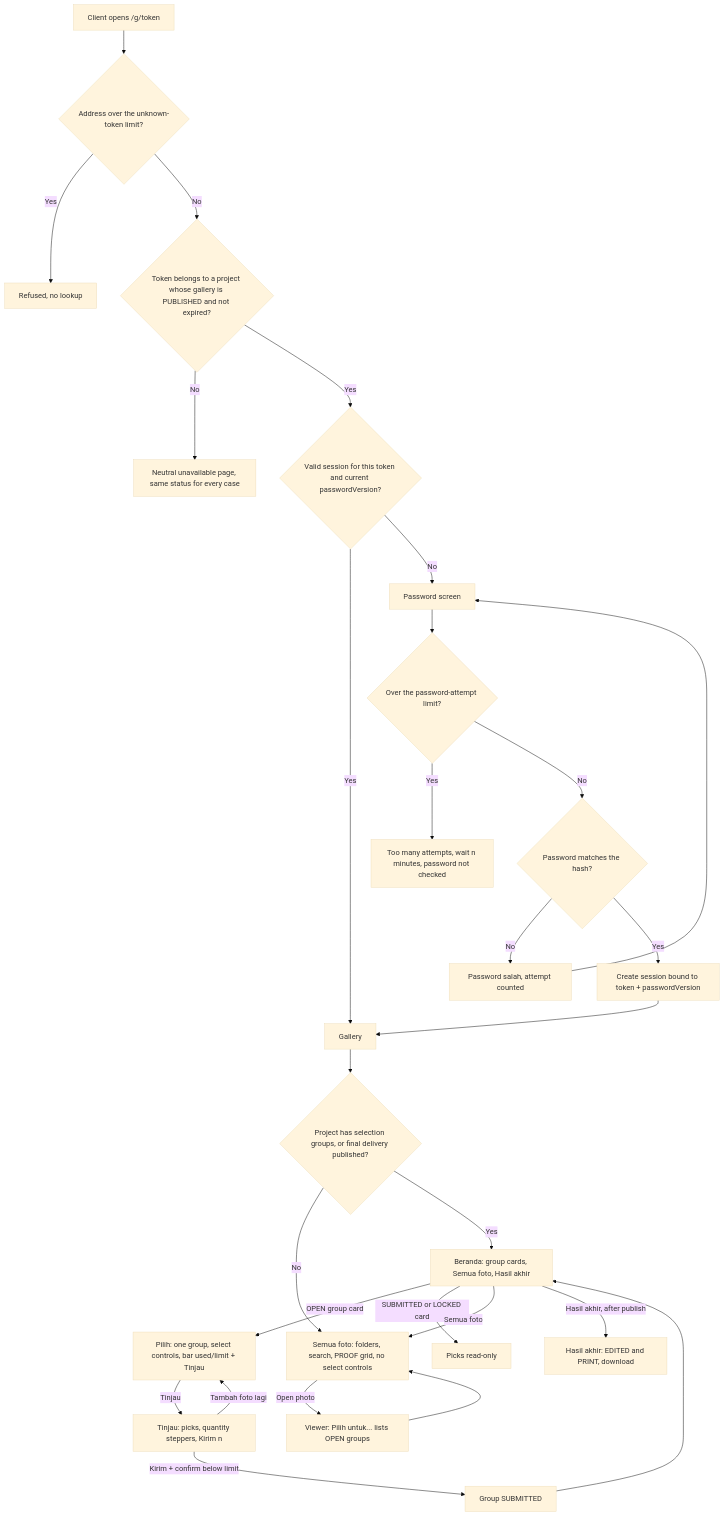
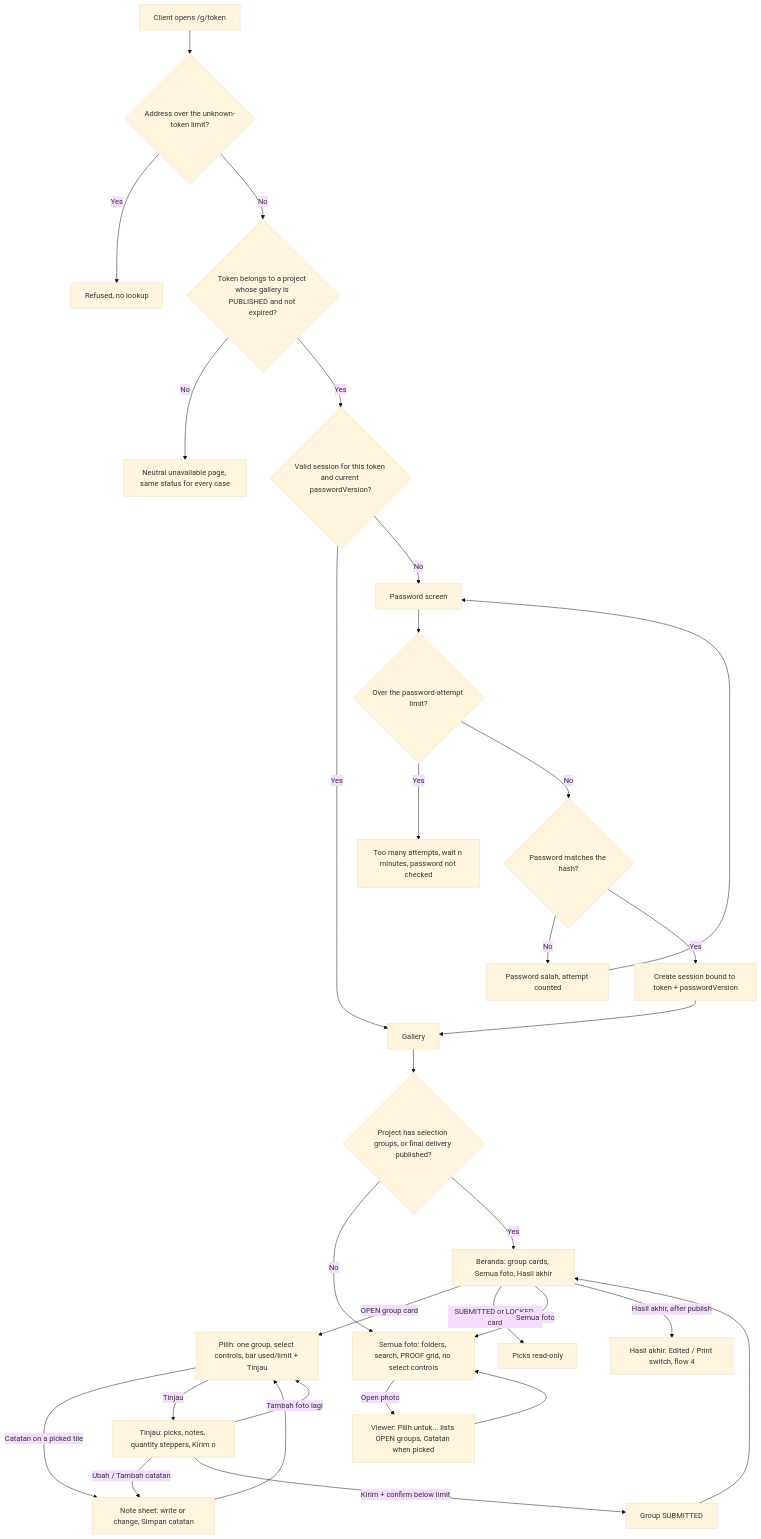
Before and after one commit to hardi-dev/shutrly-v0: the first of 4 diagrams in docs/features/client-access/diagrams/activity.md, drawn with Mermaid (base theme). The commit also changed other lines of this file and 4 other files, not shown here.

Commit message:
docs(client-access): sync spec, criteria and diagrams with the design

````diff
--- a/docs/features/client-access/diagrams/activity.md
+++ b/docs/features/client-access/diagrams/activity.md
@@ -7,26 +7,28 @@
 ```mermaid
 flowchart TD
     A[Client opens /g/token] --> B{Address over the unknown-token limit?}
     B -->|Yes| X[Refused, no lookup]
     B -->|No| C{Token belongs to a project whose gallery is PUBLISHED and not expired?}
     C -->|No| N[Neutral unavailable page, same status for every case]
     C -->|Yes| D{Valid session for this token and current passwordVersion?}
     D -->|Yes| G[Gallery]
     D -->|No| P[Password screen]
     P --> E{Over the password-attempt limit?}
     E -->|Yes| L[Too many attempts, wait n minutes, password not checked]
     E -->|No| F{Password matches the hash?}
     F -->|No| W[Password salah, attempt counted] --> P
     F -->|Yes| S[Create session bound to token + passwordVersion] --> G
     G --> H{Project has selection groups, or final delivery published?}
     H -->|No| I[Semua foto: folders, search, PROOF grid, no select controls]
     H -->|Yes| B1[Beranda: group cards, Semua foto, Hasil akhir]
     B1 -->|OPEN group card| P1[Pilih: one group, select controls, bar used/limit + Tinjau]
     B1 -->|SUBMITTED or LOCKED card| R1[Picks read-only]
     B1 -->|Semua foto| I
-    B1 -->|Hasil akhir, after publish| HA[Hasil akhir: EDITED and PRINT, download]
-    P1 -->|Tinjau| T1[Tinjau: picks, quantity steppers, Kirim n]
+    B1 -->|Hasil akhir, after publish| HA[Hasil akhir: Edited / Print switch, flow 4]
+    P1 -->|Catatan on a picked tile| NS[Note sheet: write or change, Simpan catatan] --> P1
+    P1 -->|Tinjau| T1[Tinjau: picks, notes, quantity steppers, Kirim n]
+    T1 -->|Ubah / Tambah catatan| NS
     T1 -->|Tambah foto lagi| P1
     T1 -->|Kirim + confirm below limit| S1[Group SUBMITTED] --> B1
-    I -->|Open photo| V[Viewer: Pilih untuk... lists OPEN groups] --> I
+    I -->|Open photo| V[Viewer: Pilih untuk... lists OPEN groups, Catatan when picked] --> I
 ```
````
